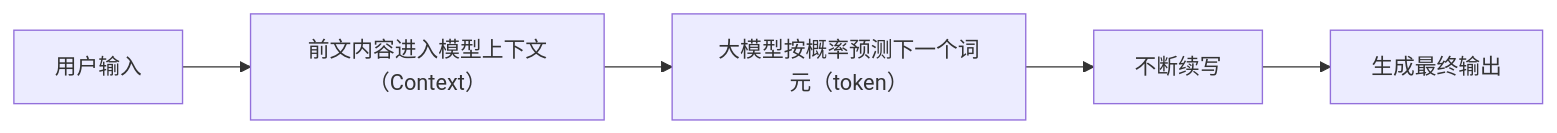
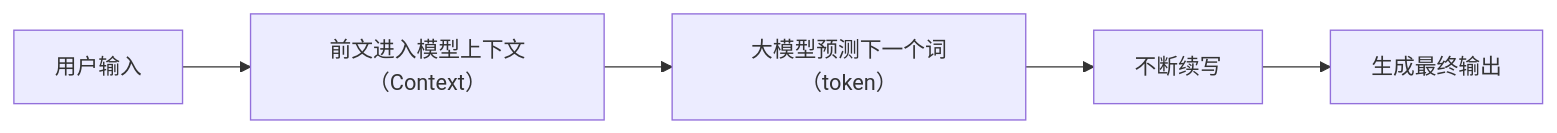
Before and after one commit to mfkyddh/ZZZ-Simple-AI: the diagram in docs/01-什么是大模型.md, drawn with Mermaid. The commit also changed other lines of this file and 3 other files, not shown here.

````diff
--- a/docs/01-什么是大模型.md
+++ b/docs/01-什么是大模型.md
@@ -54,7 +55,7 @@
 ```mermaid
 flowchart LR
-    A["用户输入"] --> B["前文内容进入模型上下文（Context）"]
-    B --> C["大模型按概率预测下一个词元（token）"]
+    A["用户输入"] --> B["前文进入模型上下文（Context）"]
+    B --> C["大模型预测下一个词（token）"]
     C --> D["不断续写"]
     D --> E["生成最终输出"]
 ```
````
